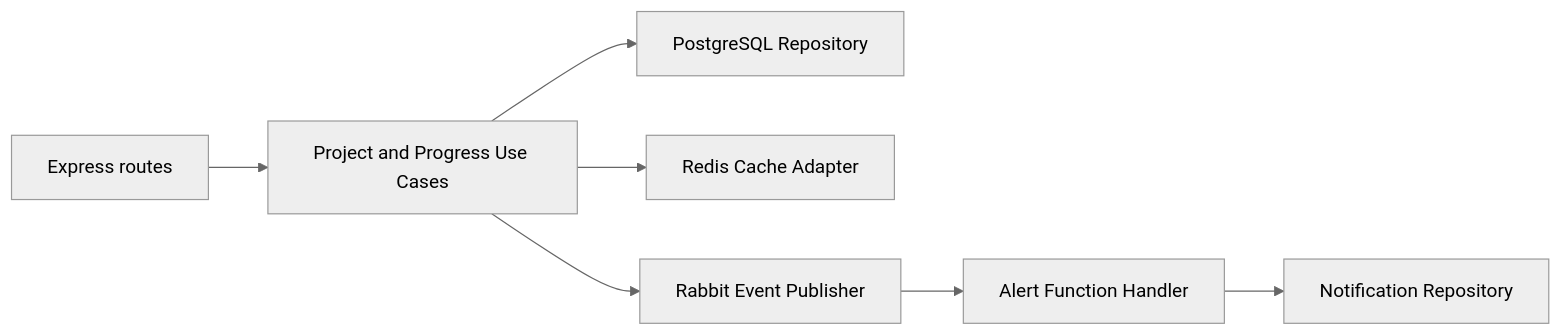
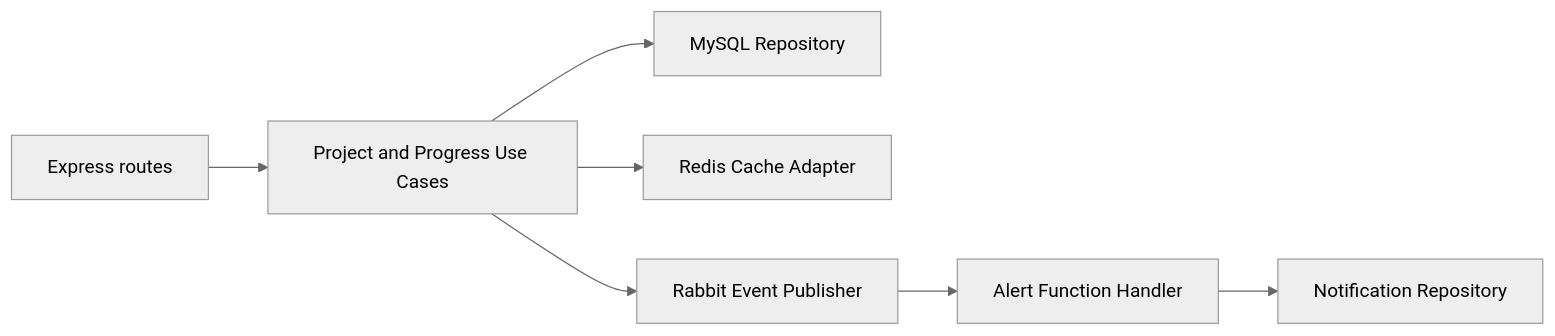
Before and after one commit to Elnuget/ControlPro-Academico: the third of 4 diagrams in docs/architecture.md, drawn with Mermaid (neutral theme). The commit also changed other lines of this file and 26 other files, not shown here.

````diff
--- a/docs/architecture.md
+++ b/docs/architecture.md
@@ -28,9 +29,9 @@
 ```mermaid
 flowchart LR
   router[Express routes] --> usecase[Project and Progress Use Cases]
-  usecase --> repository[PostgreSQL Repository]
+  usecase --> repository[MySQL Repository]
   usecase --> cache[Redis Cache Adapter]
   usecase --> publisher[Rabbit Event Publisher]
   publisher --> handler[Alert Function Handler]
   handler --> notification[Notification Repository]
 ```
````
